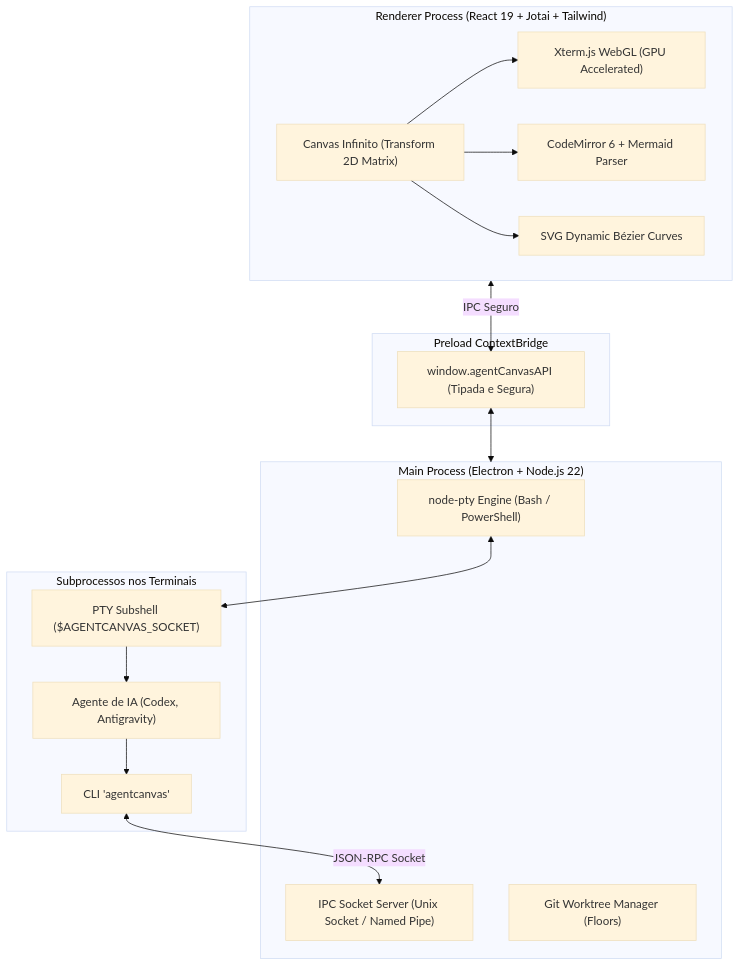
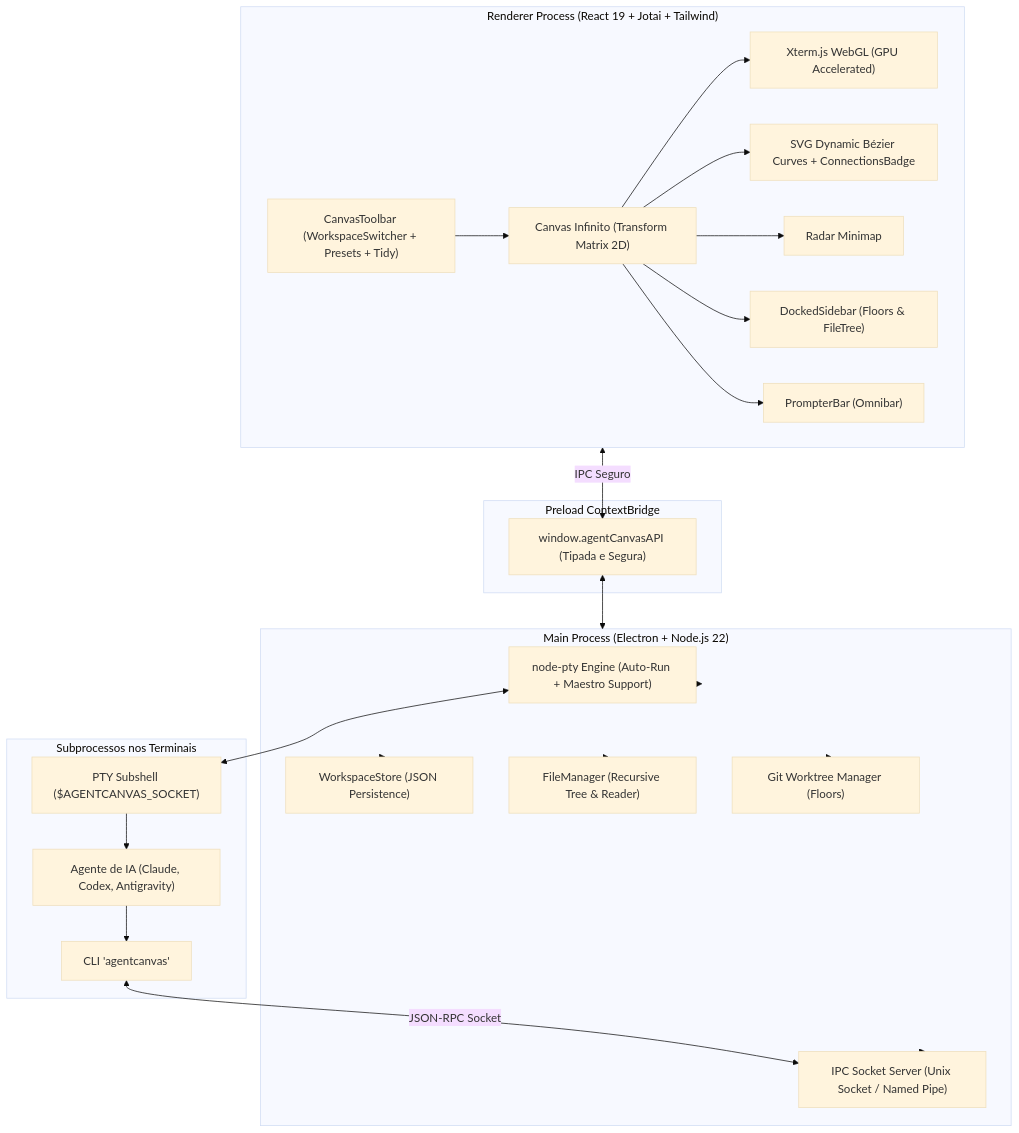
Before and after one commit to guilhermebarcelos06/AgentCanvas: the second of 2 diagrams in README.md, drawn with Mermaid (base theme). The commit also changed other lines of this file and 42 other files, not shown here.

Commit message:
feat: implement multi-workspace directory isolation, terminal presets, connection badge and ubuntu apparmor support

````diff
--- a/README.md
+++ b/README.md
@@ -58,33 +84,40 @@
 ```mermaid
 flowchart TD
     subgraph UI ["Renderer Process (React 19 + Jotai + Tailwind)"]
-        Viewport["Canvas Infinito (Transform 2D Matrix)"]
+        Toolbar["CanvasToolbar (WorkspaceSwitcher + Presets + Tidy)"]
+        Viewport["Canvas Infinito (Transform Matrix 2D)"]
         Terminals["Xterm.js WebGL (GPU Accelerated)"]
-        NotesView["CodeMirror 6 + Mermaid Parser"]
-        Cables["SVG Dynamic Bézier Curves"]
+        Sidebar["DockedSidebar (Floors & FileTree)"]
+        Prompter["PrompterBar (Omnibar)"]
+        MinimapView["Radar Minimap"]
+        Cables["SVG Dynamic Bézier Curves + ConnectionsBadge"]
     end
 
     subgraph IPC ["Preload ContextBridge"]
         Bridge["window.agentCanvasAPI (Tipada e Segura)"]
     end
 
     subgraph Main ["Main Process (Electron + Node.js 22)"]
-        PTY["node-pty Engine (Bash / PowerShell)"]
+        PTY["node-pty Engine (Auto-Run + Maestro Support)"]
         Socket["IPC Socket Server (Unix Socket / Named Pipe)"]
+        Workspaces["WorkspaceStore (JSON Persistence)"]
+        Files["FileManager (Recursive Tree & Reader)"]
         Worktree["Git Worktree Manager (Floors)"]
     end
 
     subgraph Agents ["Subprocessos nos Terminais"]
         Subshell["PTY Subshell ($AGENTCANVAS_SOCKET)"]
-        AI["Agente de IA (Codex, Antigravity)"]
+        AI["Agente de IA (Claude, Codex, Antigravity)"]
         CLI["CLI 'agentcanvas'"]
     end
 
-    Viewport --> Terminals & NotesView & Cables
+    Toolbar --> Viewport
+    Viewport --> Terminals & Cables & MinimapView & Sidebar & Prompter
     UI <-->|IPC Seguro| Bridge
     Bridge <--> Main
+    Main --> PTY & Socket & Workspaces & Files & Worktree
     PTY <--> Subshell
     Subshell --> AI
     AI --> CLI
     CLI <-->|JSON-RPC Socket| Socket
 ```
````
